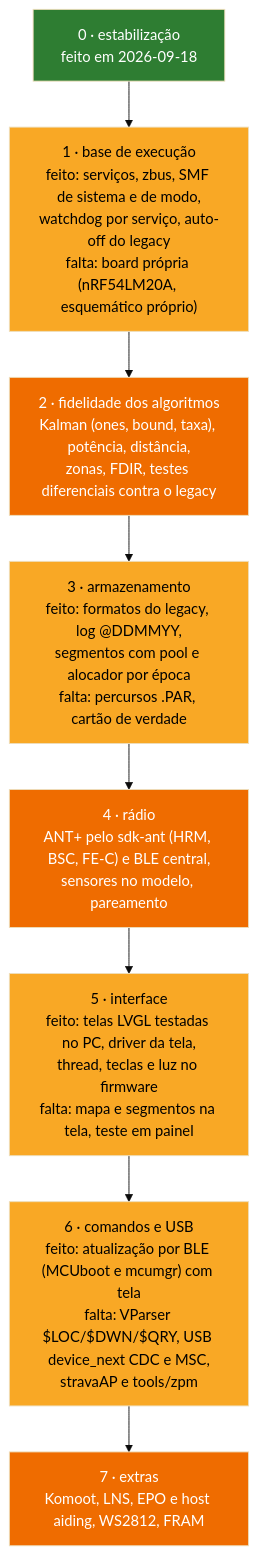
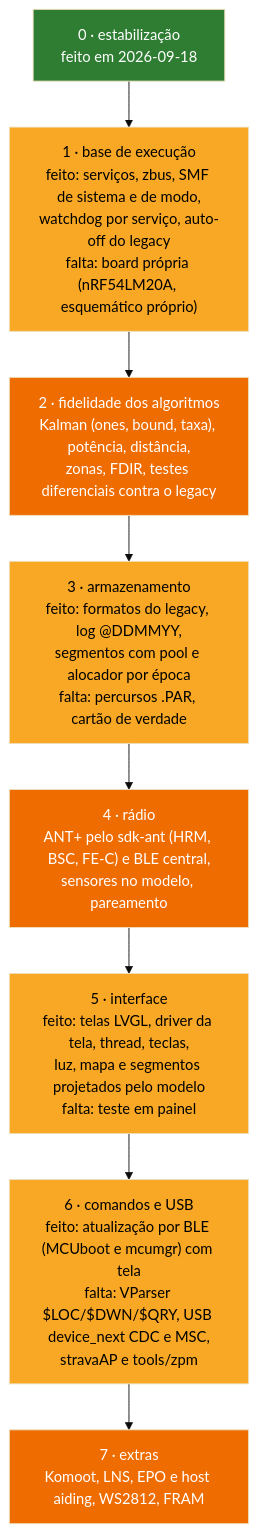
The second of 2 diagrams in docs/10-status-do-port.md (Guiimartinho/gnss-bike-computer), drawn with Mermaid (base theme) before and after one commit. The commit also changed other lines of this file and 10 other files, not shown here.

````diff
--- a/docs/10-status-do-port.md
+++ b/docs/10-status-do-port.md
@@ -109,14 +109,14 @@
 ```mermaid
 flowchart TD
     F0["0 · estabilização<br/>feito em 2026-09-18"]:::done --> F1
     F1["1 · base de execução<br/>feito: serviços, zbus, SMF de sistema e de modo,<br/>watchdog por serviço, auto-off do legacy<br/>falta: board própria (nRF54LM20A, esquemático próprio)"]:::partial --> F2
     F2["2 · fidelidade dos algoritmos<br/>Kalman (ones, bound, taxa), potência, distância,<br/>zonas, FDIR, testes diferenciais contra o legacy"]:::pending --> F3
     F3["3 · armazenamento<br/>feito: formatos do legacy, log @DDMMYY,<br/>segmentos com pool e alocador por época<br/>falta: percursos .PAR, cartão de verdade"]:::partial --> F4
     F4["4 · rádio<br/>ANT+ pelo sdk-ant (HRM, BSC, FE-C) e BLE central,<br/>sensores no modelo, pareamento"]:::pending --> F5
-    F5["5 · interface<br/>feito: telas LVGL testadas no PC, driver da tela,<br/>thread, teclas e luz no firmware<br/>falta: mapa e segmentos na tela, teste em painel"]:::partial --> F6
+    F5["5 · interface<br/>feito: telas LVGL, driver da tela, thread, teclas,<br/>luz, mapa e segmentos projetados pelo modelo<br/>falta: teste em painel"]:::partial --> F6
     F6["6 · comandos e USB<br/>feito: atualização por BLE (MCUboot e mcumgr) com tela<br/>falta: VParser $LOC/$DWN/$QRY, USB device_next CDC e MSC,<br/>stravaAP e tools/zpm"]:::partial --> F7
     F7["7 · extras<br/>Komoot, LNS, EPO e host aiding, WS2812, FRAM"]:::pending
     classDef done fill:#2e7d32,color:#ffffff
     classDef partial fill:#f9a825,color:#000000
     classDef pending fill:#ef6c00,color:#ffffff
 ```
````
